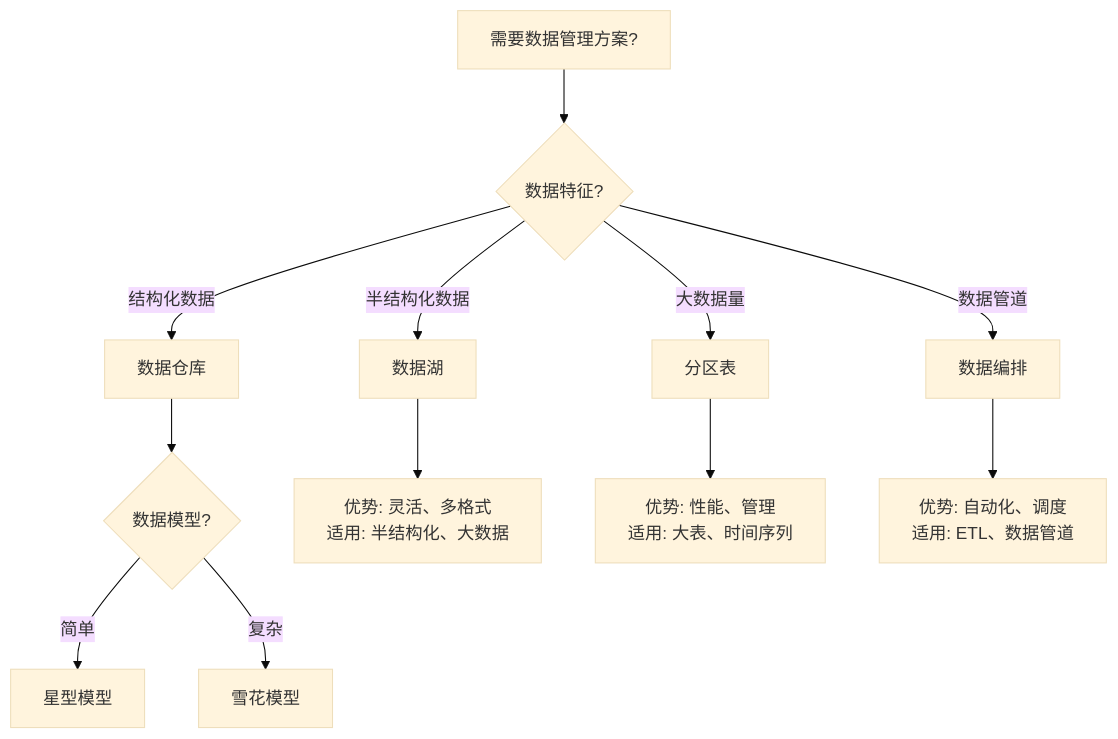
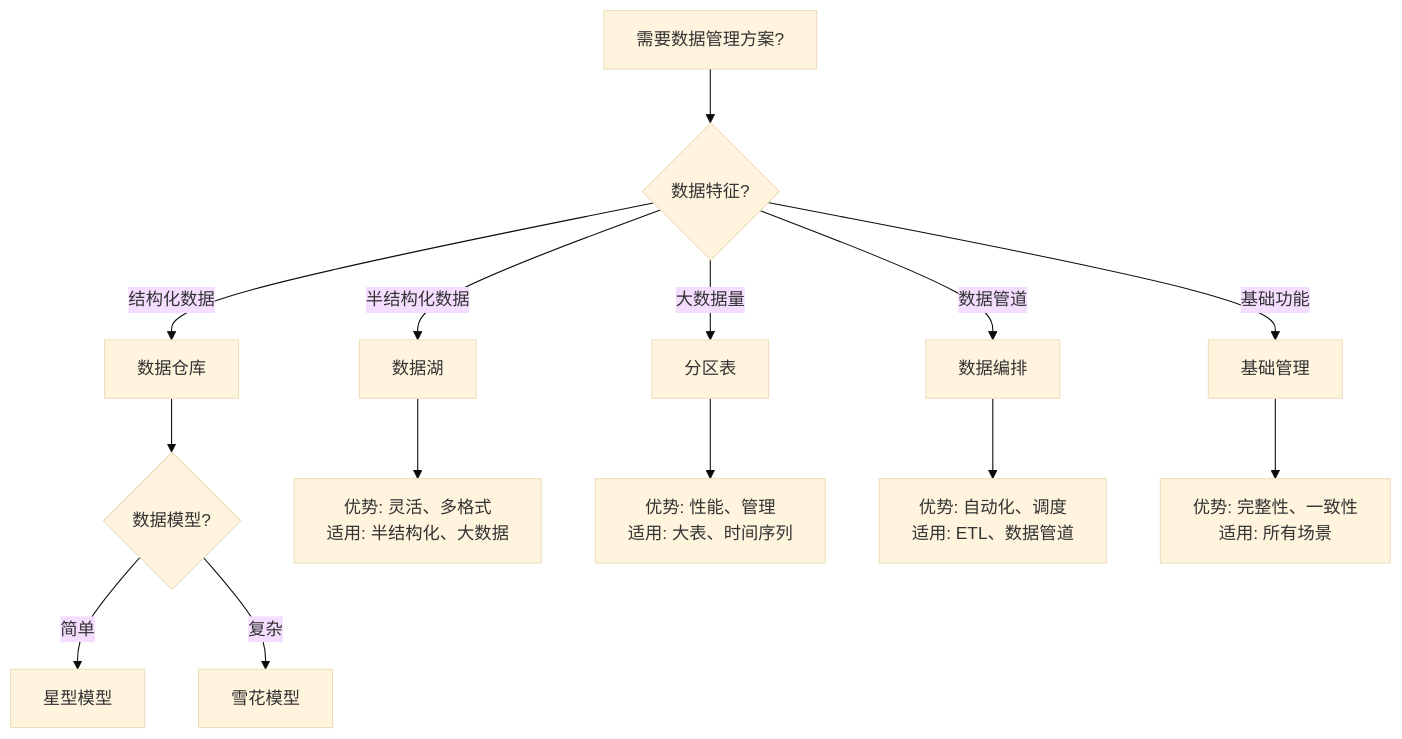
The second of 2 diagrams in Integrate/26-数据管理/README.md (AdaMartin18010/PostgreSQL_modern), drawn with Mermaid (base theme) before and after one commit. The commit also changed other lines of this file and 242 other files, not shown here.

````diff
--- a/Integrate/26-数据管理/README.md
+++ b/Integrate/26-数据管理/README.md
@@ -145,16 +190,18 @@
 ```mermaid
 flowchart TD
     A[需要数据管理方案?] --> B{数据特征?}
     B -->|结构化数据| C[数据仓库]
     B -->|半结构化数据| D[数据湖]
     B -->|大数据量| E[分区表]
     B -->|数据管道| F[数据编排]
+    B -->|基础功能| G[基础管理]
 
-    C --> G{数据模型?}
-    G -->|简单| H[星型模型]
-    G -->|复杂| I[雪花模型]
+    C --> H{数据模型?}
+    H -->|简单| I[星型模型]
+    H -->|复杂| J[雪花模型]
 
-    D --> J[优势: 灵活、多格式<br/>适用: 半结构化、大数据]
-    E --> K[优势: 性能、管理<br/>适用: 大表、时间序列]
-    F --> L[优势: 自动化、调度<br/>适用: ETL、数据管道]
+    D --> K[优势: 灵活、多格式<br/>适用: 半结构化、大数据]
+    E --> L[优势: 性能、管理<br/>适用: 大表、时间序列]
+    F --> M[优势: 自动化、调度<br/>适用: ETL、数据管道]
+    G --> N[优势: 完整性、一致性<br/>适用: 所有场景]
 ```
````
